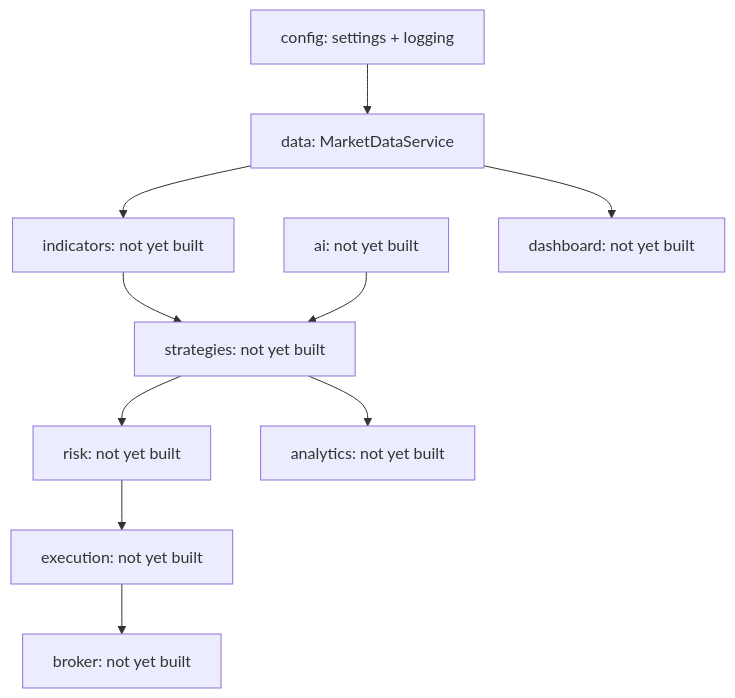
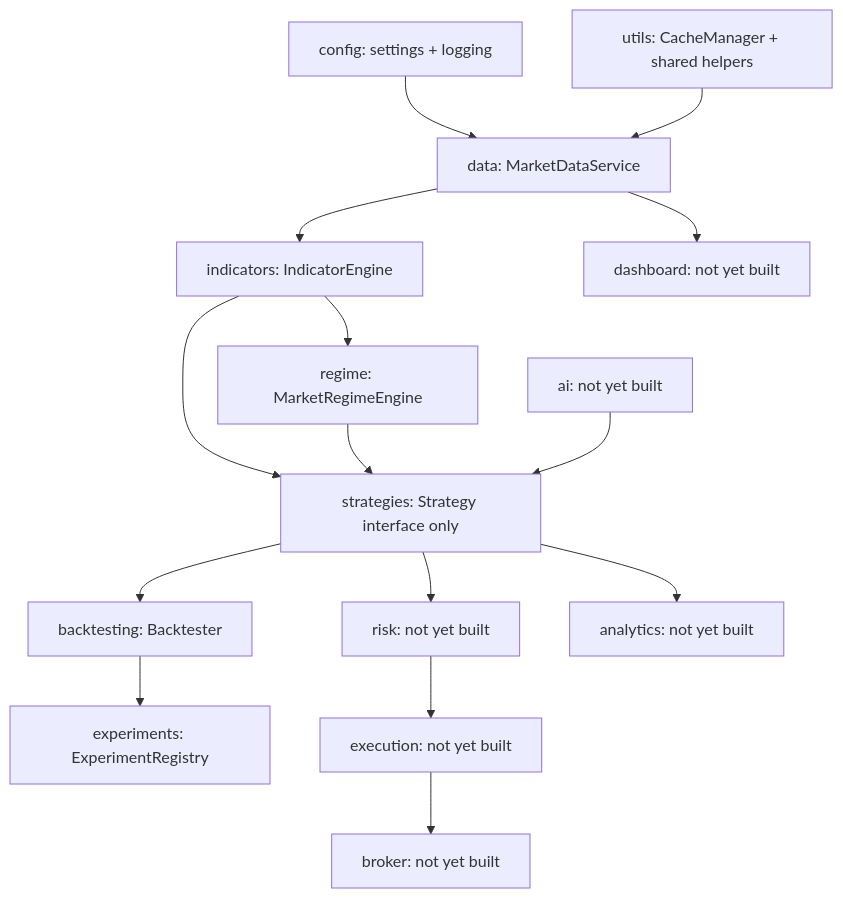
The diagram in ARCHITECTURE.md (grow-op-nasa/ai-trading-platform), drawn with Mermaid before and after one commit. The commit also changed other lines of this file and 27 other files, not shown here.

First line of the commit message:
Sprint 2: Research Engine (Indicator Engine, Market Regime Detection, Backtesting Framework, Experiment Registry)

````diff
--- a/ARCHITECTURE.md
+++ b/ARCHITECTURE.md
@@ -14,23 +14,32 @@
 ```mermaid
 graph TD
     config[config: settings + logging]
+    utils[utils: CacheManager + shared helpers]
     data[data: MarketDataService]
-    indicators[indicators: not yet built]
-    strategies[strategies: not yet built]
+    indicators[indicators: IndicatorEngine]
+    regime[regime: MarketRegimeEngine]
+    strategies[strategies: Strategy interface only]
+    backtesting[backtesting: Backtester]
+    experiments[experiments: ExperimentRegistry]
     risk[risk: not yet built]
     execution[execution: not yet built]
     broker[broker: not yet built]
     analytics[analytics: not yet built]
     ai[ai: not yet built]
     dashboard[dashboard: not yet built]
 
     config --> data
+    utils --> data
     data --> indicators
+    indicators --> regime
     indicators --> strategies
+    regime --> strategies
+    strategies --> backtesting
+    backtesting --> experiments
     strategies --> risk
     risk --> execution
     execution --> broker
     strategies --> analytics
     data --> dashboard
     ai --> strategies
 ```
````
